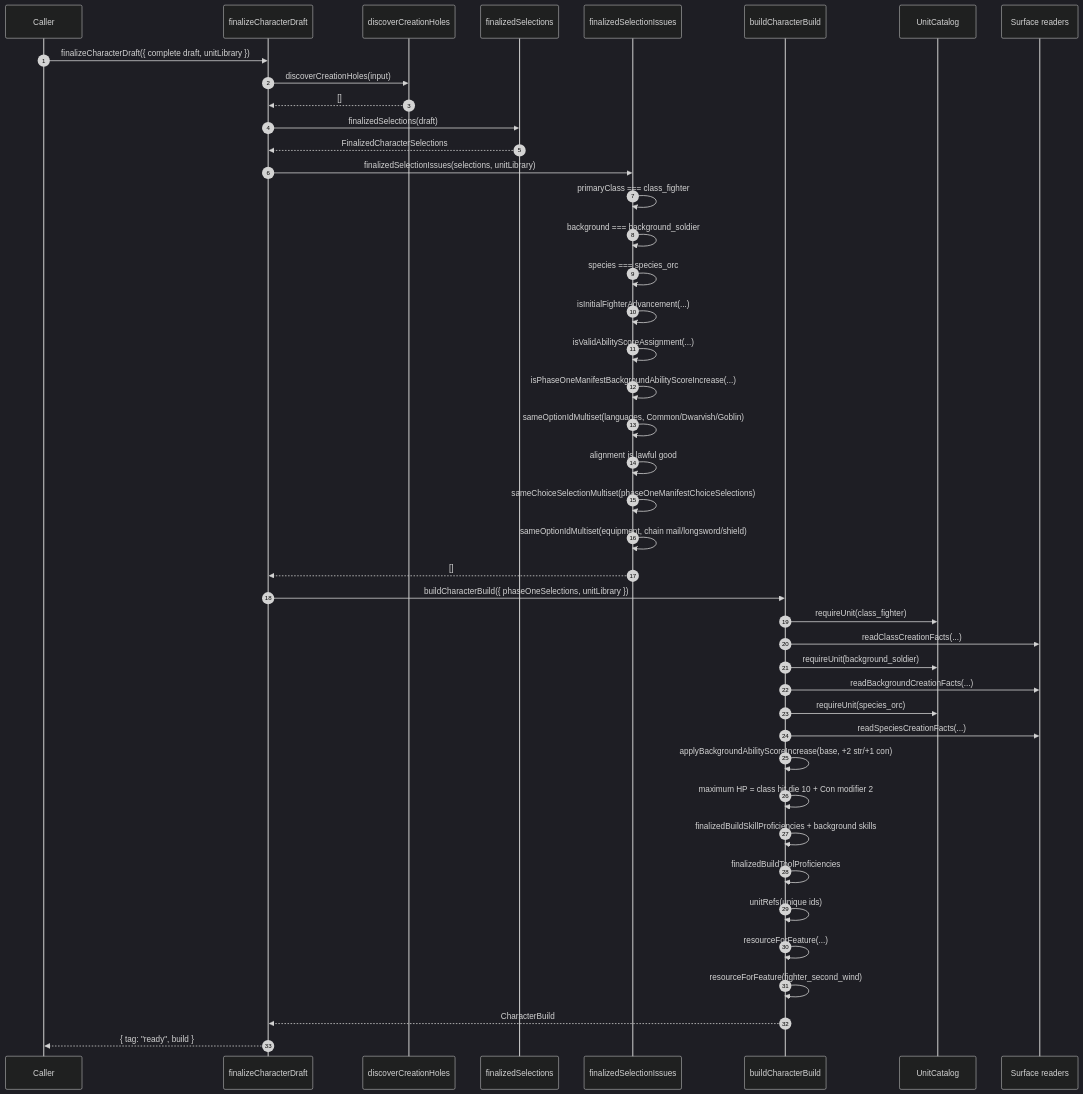
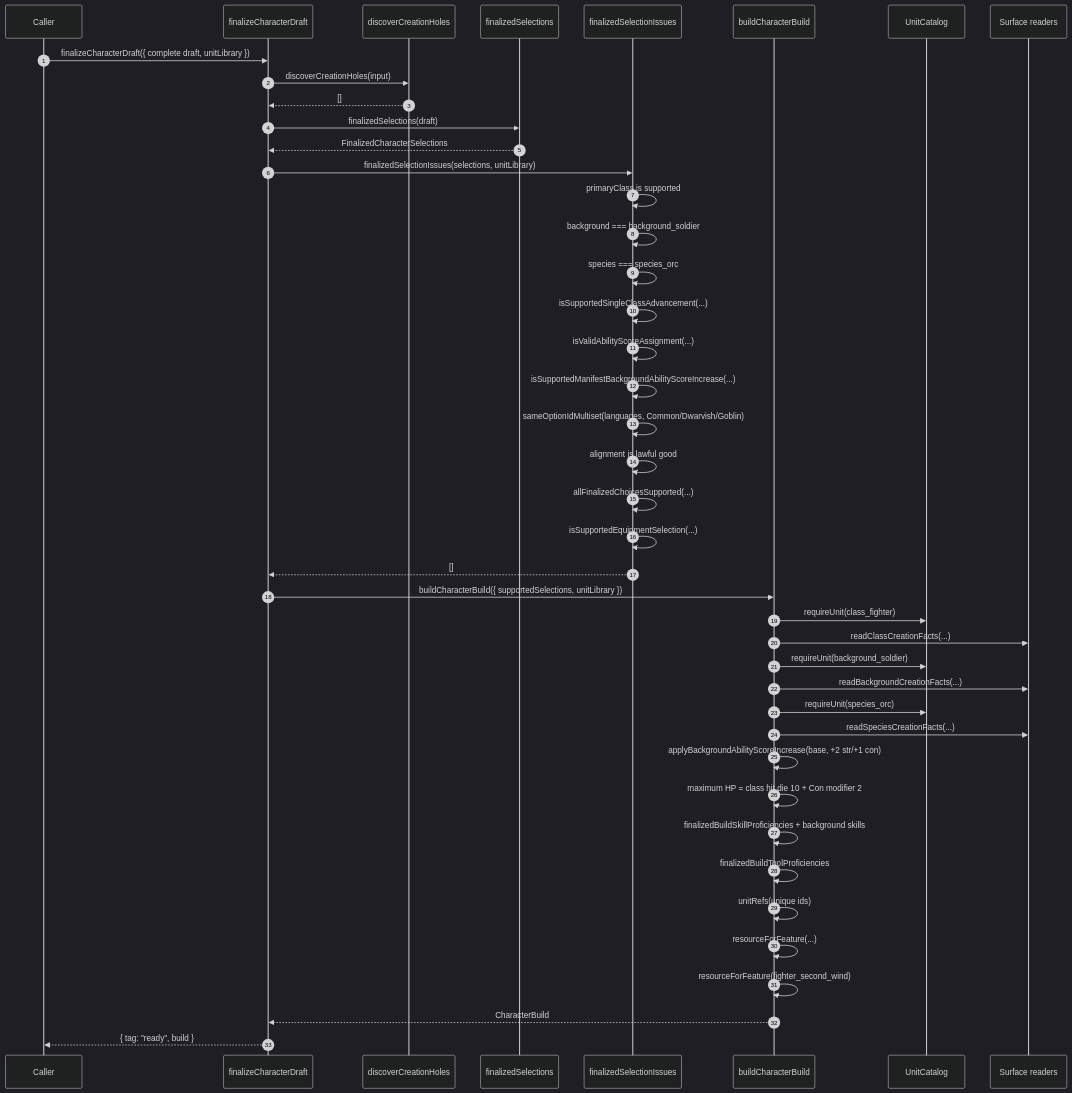
One commit to dearlordylord/5e-quint changed the ninth of 10 diagrams in packages/character-creation-runtime/EXPLANATORY_TIME_DIAGRAM.md. Above: the diagram before and after it, drawn with Mermaid (dark theme). The commit also changed other lines of this file and 21 other files, not shown here.

````diff
--- a/packages/character-creation-runtime/EXPLANATORY_TIME_DIAGRAM.md
+++ b/packages/character-creation-runtime/EXPLANATORY_TIME_DIAGRAM.md
@@ -471,46 +474,46 @@
 ```mermaid
 sequenceDiagram
   autonumber
   participant Caller
   participant Runtime as finalizeCharacterDraft
   participant Discover as discoverCreationHoles
   participant Narrow as finalizedSelections
   participant Legal as finalizedSelectionIssues
   participant Build as buildCharacterBuild
   participant Catalog as UnitCatalog
   participant Surface as Surface readers
 
   Caller->>Runtime: finalizeCharacterDraft({ complete draft, unitLibrary })
   Runtime->>Discover: discoverCreationHoles(input)
   Discover-->>Runtime: []
   Runtime->>Narrow: finalizedSelections(draft)
   Narrow-->>Runtime: FinalizedCharacterSelections
   Runtime->>Legal: finalizedSelectionIssues(selections, unitLibrary)
-  Legal->>Legal: primaryClass === class_fighter
+  Legal->>Legal: primaryClass is supported
   Legal->>Legal: background === background_soldier
   Legal->>Legal: species === species_orc
-  Legal->>Legal: isInitialFighterAdvancement(...)
+  Legal->>Legal: isSupportedSingleClassAdvancement(...)
   Legal->>Legal: isValidAbilityScoreAssignment(...)
-  Legal->>Legal: isPhaseOneManifestBackgroundAbilityScoreIncrease(...)
+  Legal->>Legal: isSupportedManifestBackgroundAbilityScoreIncrease(...)
   Legal->>Legal: sameOptionIdMultiset(languages, Common/Dwarvish/Goblin)
   Legal->>Legal: alignment is lawful good
-  Legal->>Legal: sameChoiceSelectionMultiset(phaseOneManifestChoiceSelections)
-  Legal->>Legal: sameOptionIdMultiset(equipment, chain mail/longsword/shield)
+  Legal->>Legal: allFinalizedChoicesSupported(...)
+  Legal->>Legal: isSupportedEquipmentSelection(...)
   Legal-->>Runtime: []
-  Runtime->>Build: buildCharacterBuild({ phaseOneSelections, unitLibrary })
+  Runtime->>Build: buildCharacterBuild({ supportedSelections, unitLibrary })
   Build->>Catalog: requireUnit(class_fighter)
   Build->>Surface: readClassCreationFacts(...)
   Build->>Catalog: requireUnit(background_soldier)
   Build->>Surface: readBackgroundCreationFacts(...)
   Build->>Catalog: requireUnit(species_orc)
   Build->>Surface: readSpeciesCreationFacts(...)
   Build->>Build: applyBackgroundAbilityScoreIncrease(base, +2 str/+1 con)
   Build->>Build: maximum HP = class hit die 10 + Con modifier 2
   Build->>Build: finalizedBuildSkillProficiencies + background skills
   Build->>Build: finalizedBuildToolProficiencies
   Build->>Build: unitRefs(unique ids)
   Build->>Build: resourceForFeature(...)
   Build->>Build: resourceForFeature(fighter_second_wind)
   Build-->>Runtime: CharacterBuild
   Runtime-->>Caller: { tag: "ready", build }
 ```
````
